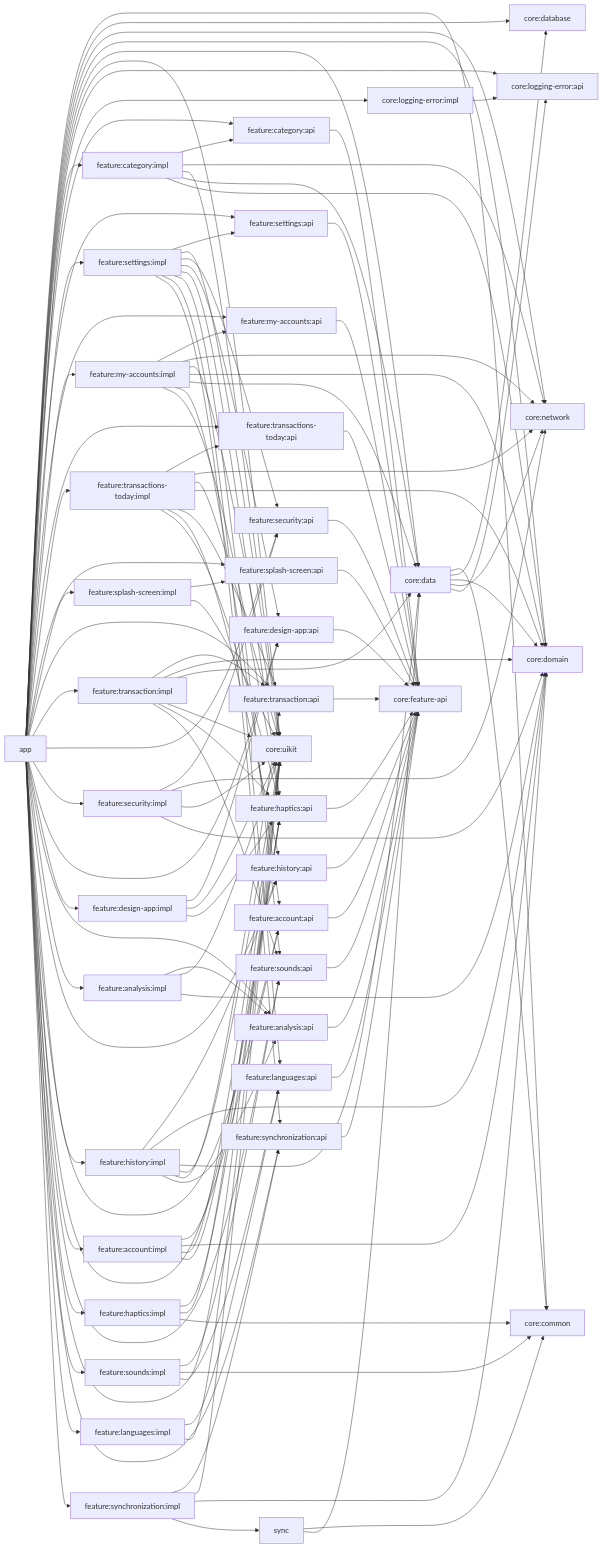
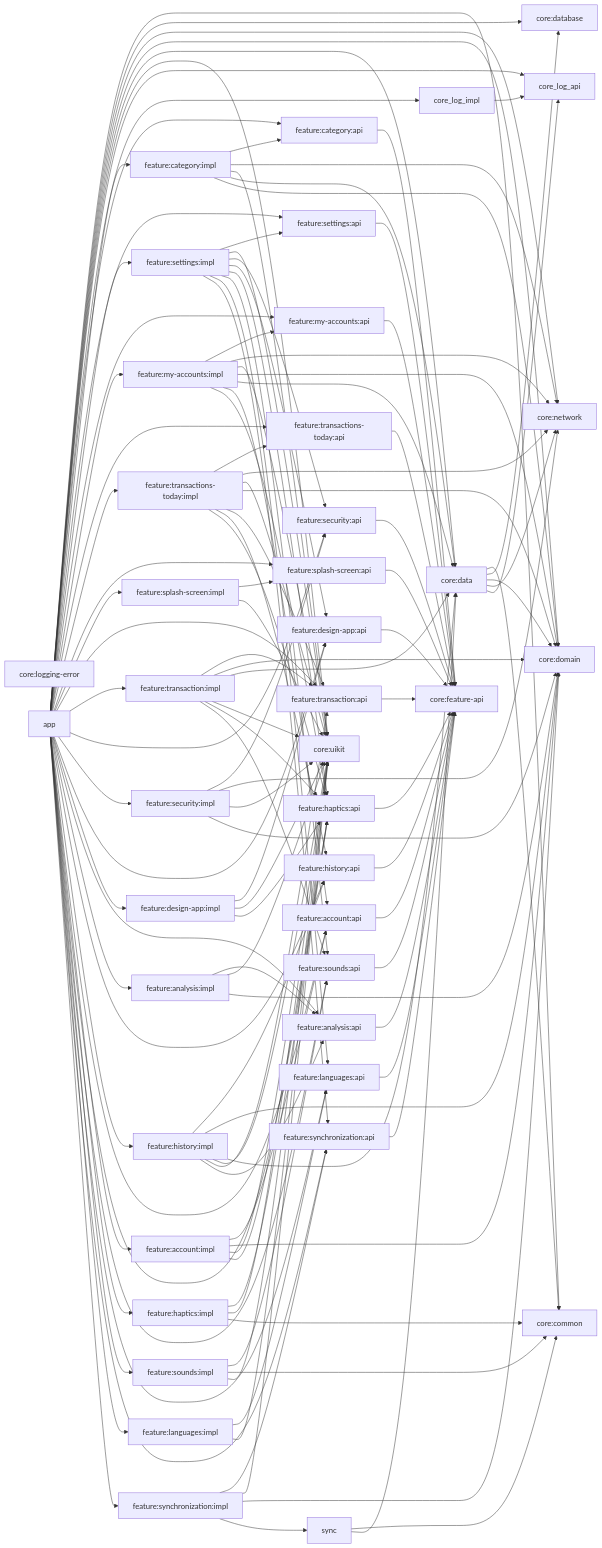
The second of 2 diagrams in docs/modularization.md (IliaVoskoboinikov/Finance-Manager), drawn with Mermaid before and after one commit. The commit also changed other lines of this file and 26 other files, not shown here.

Commit message:
CheckConventionsPlugin init and fix logging error

```diff
--- a/docs/modularization.md
+++ b/docs/modularization.md
@@ -89,8 +86,7 @@
     core_data["core:data"]
     core_uikit["core:uikit"]
     core_feature_api["core:feature-api"]
-    core_log_api["core:logging-error:api"]
-    core_log_impl["core:logging-error:impl"]
+    core_logging_error["core:logging-error"]
 
 
     f_category_api["feature:category:api"]
```
